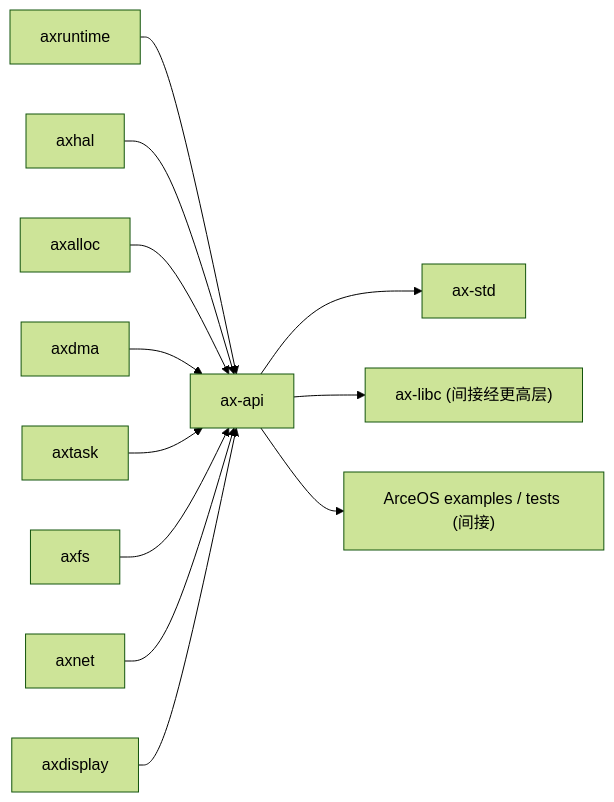
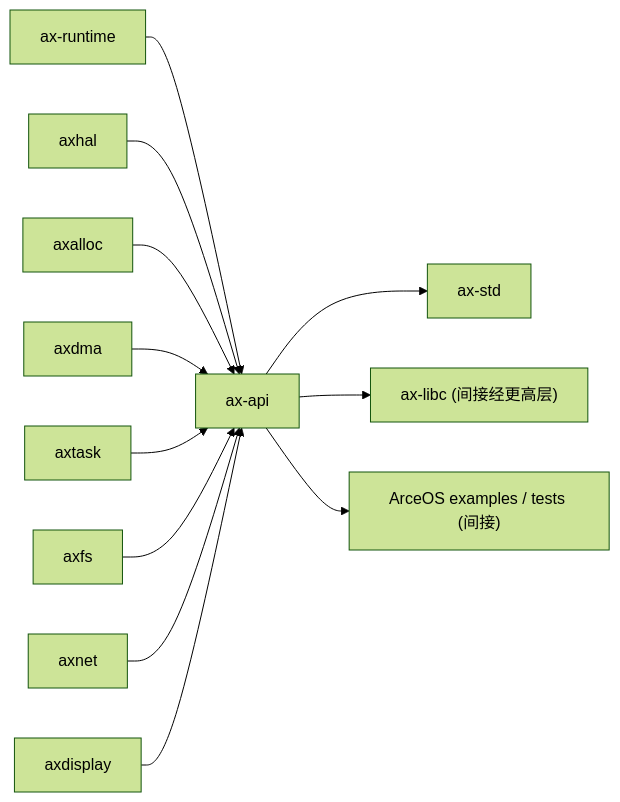
The diagram in docs/crates/arceos_api.md (zKurisu/tgoskits), drawn with Mermaid (forest theme) before and after one commit. The commit also changed other lines of this file and 69 other files, not shown here.

Commit message:
rename axruntime to ax-runtime

````diff
--- a/docs/crates/arceos_api.md
+++ b/docs/crates/arceos_api.md
@@ -110,15 +110,15 @@
 ```mermaid
 graph LR
-    axruntime["axruntime"] --> ax-api["ax-api"]
+    ax-runtime["ax-runtime"] --> ax-api["ax-api"]
     axhal["axhal"] --> ax-api
     axalloc["axalloc"] --> ax-api
     axdma["axdma"] --> ax-api
     axtask["axtask"] --> ax-api
     axfs["axfs"] --> ax-api
     axnet["axnet"] --> ax-api
     axdisplay["axdisplay"] --> ax-api
 
     ax-api --> ax-std["ax-std"]
     ax-api --> ax-libc["ax-libc (间接经更高层)"]
     ax-api --> arceos_examples["ArceOS examples / tests (间接)"]
 ```
````
